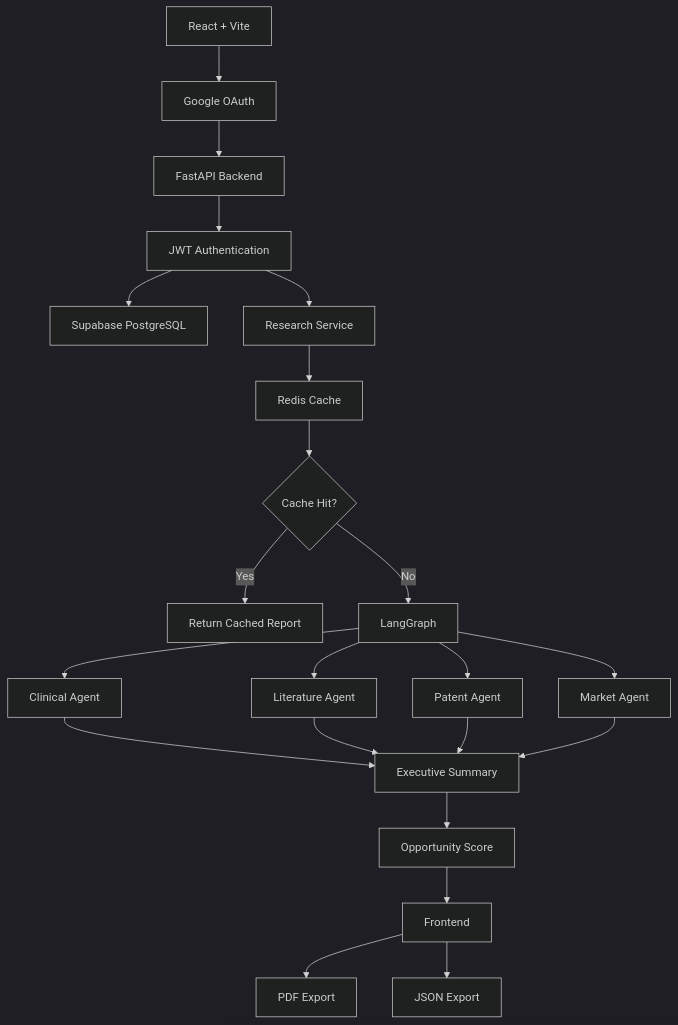
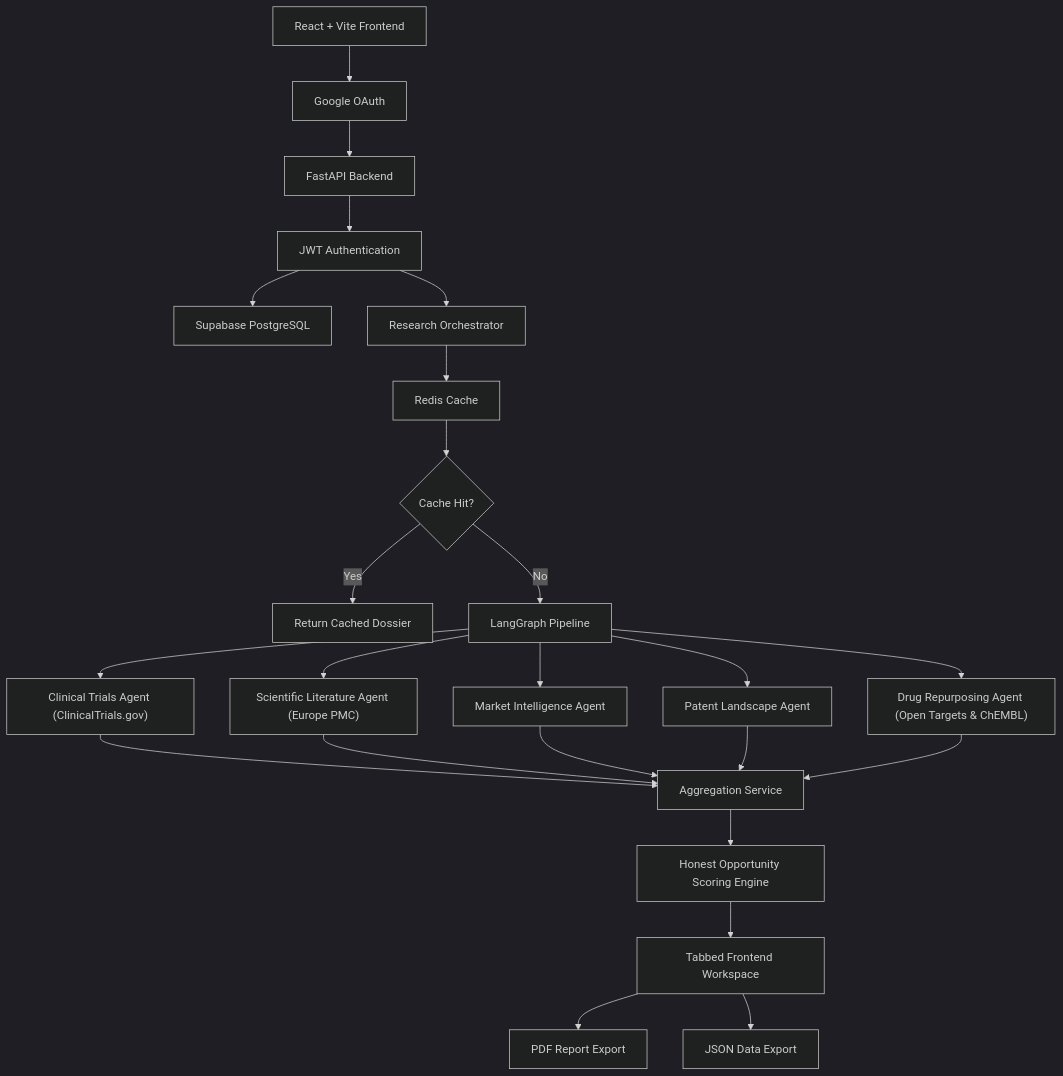
The first of 3 diagrams in README.md (priyanshuraj20/MoleculeIq), drawn with Mermaid (dark theme) before and after one commit. The commit also changed other lines of this file and 41 other files, not shown here.

Commit message:
Completed with Drug repurposing part

````diff
--- a/README.md
+++ b/README.md
@@ -30,24 +43,26 @@
 ```mermaid
 graph TD
-    A["React + Vite"] --> B["Google OAuth"]
+    A["React + Vite Frontend"] --> B["Google OAuth"]
     B --> C["FastAPI Backend"]
     C --> D["JWT Authentication"]
     D --> E["Supabase PostgreSQL"]
-    D --> F["Research Service"]
+    D --> F["Research Orchestrator"]
     F --> G["Redis Cache"]
     G --> H{"Cache Hit?"}
-    H -->|Yes| I["Return Cached Report"]
-    H -->|No| J["LangGraph"]
-    J --> K["Clinical Agent"]
-    J --> L["Literature Agent"]
-    J --> M["Patent Agent"]
-    J --> N["Market Agent"]
-    K --> O["Executive Summary"]
-    L --> O
-    M --> O
-    N --> O
-    O --> P["Opportunity Score"]
-    P --> Q["Frontend"]
-    Q --> R["PDF Export"]
-    Q --> S["JSON Export"]
+    H -->|Yes| I["Return Cached Dossier"]
+    H -->|No| J["LangGraph Pipeline"]
+    J --> K["Clinical Trials Agent (ClinicalTrials.gov)"]
+    J --> L["Scientific Literature Agent (Europe PMC)"]
+    J --> M["Market Intelligence Agent"]
+    J --> N["Patent Landscape Agent"]
+    J --> O["Drug Repurposing Agent (Open Targets & ChEMBL)"]
+    K --> P["Aggregation Service"]
+    L --> P
+    M --> P
+    N --> P
+    O --> P
+    P --> Q["Honest Opportunity Scoring Engine"]
+    Q --> R["Tabbed Frontend Workspace"]
+    R --> S["PDF Report Export"]
+    R --> T["JSON Data Export"]
 ```
````
